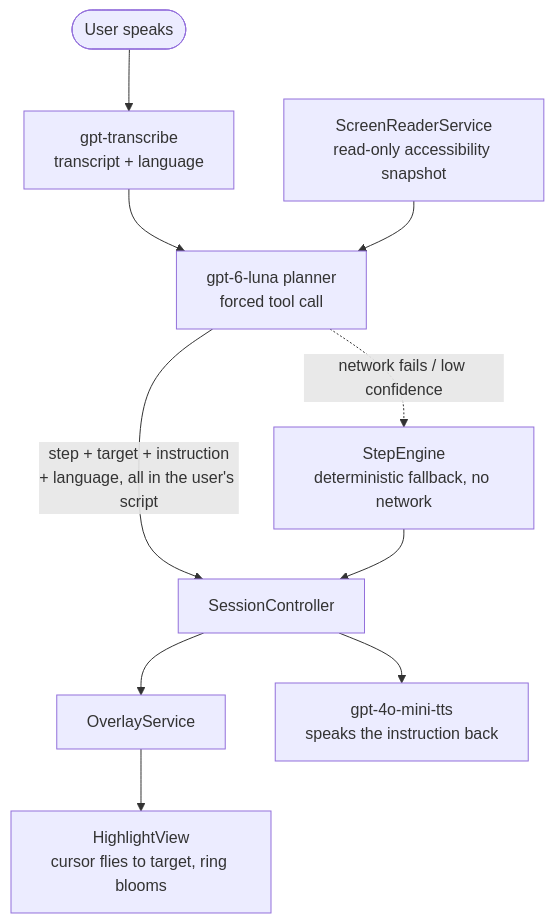
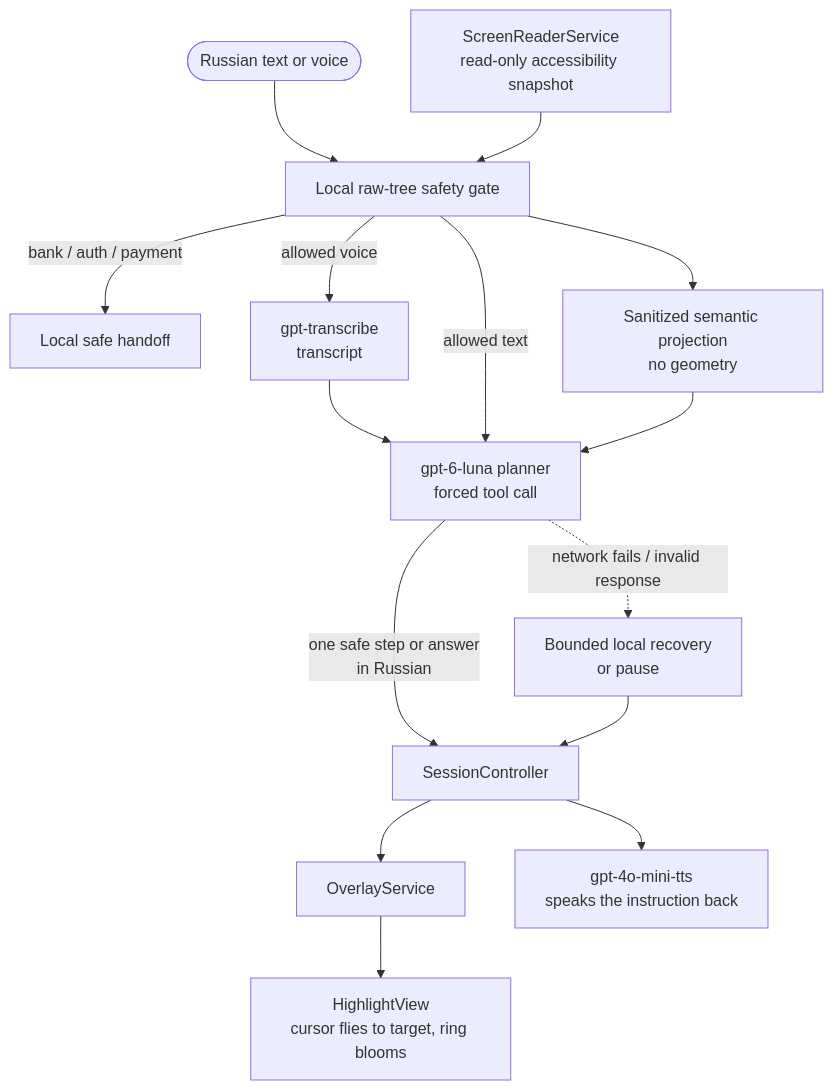
The diagram in src/ScreenSaathi/README.md (100bench/OPORAmvp), drawn with Mermaid before and after one commit. The commit also changed other lines of this file and 30 other files, not shown here.

Commit message:
feat: enforce tree-only Russian MVP safety surface

````diff
--- a/src/ScreenSaathi/README.md
+++ b/src/ScreenSaathi/README.md
@@ -78,12 +65,17 @@
 ```mermaid
 flowchart TD
-    U([User speaks]) --> STT[gpt-transcribe<br/>transcript + language]
+    U([Russian text or voice]) --> SAFE[Local raw-tree safety gate]
+    R[ScreenReaderService<br/>read-only accessibility snapshot] --> SAFE
+    SAFE -->|bank / auth / payment| HANDOFF[Local safe handoff]
+    SAFE -->|allowed voice| STT[gpt-transcribe<br/>transcript]
     STT --> P[gpt-6-luna planner<br/>forced tool call]
-    R[ScreenReaderService<br/>read-only accessibility snapshot] --> P
-    P -->|step + target + instruction<br/>+ language, all in the user's script| SC[SessionController]
+    SAFE -->|allowed text| P
+    SAFE --> SAN[Sanitized semantic projection<br/>no geometry]
+    SAN --> P
+    P -->|one safe step or answer<br/>in Russian| SC[SessionController]
     SC --> OV[OverlayService]
     OV --> HL[HighlightView<br/>cursor flies to target, ring blooms]
     SC --> TTS[gpt-4o-mini-tts<br/>speaks the instruction back]
-    P -.network fails / low confidence.-> SE[StepEngine<br/>deterministic fallback, no network]
-    SE --> SC
+    P -.network fails / invalid response.-> PAUSE[Bounded local recovery<br/>or pause]
+    PAUSE --> SC
 ```
````
